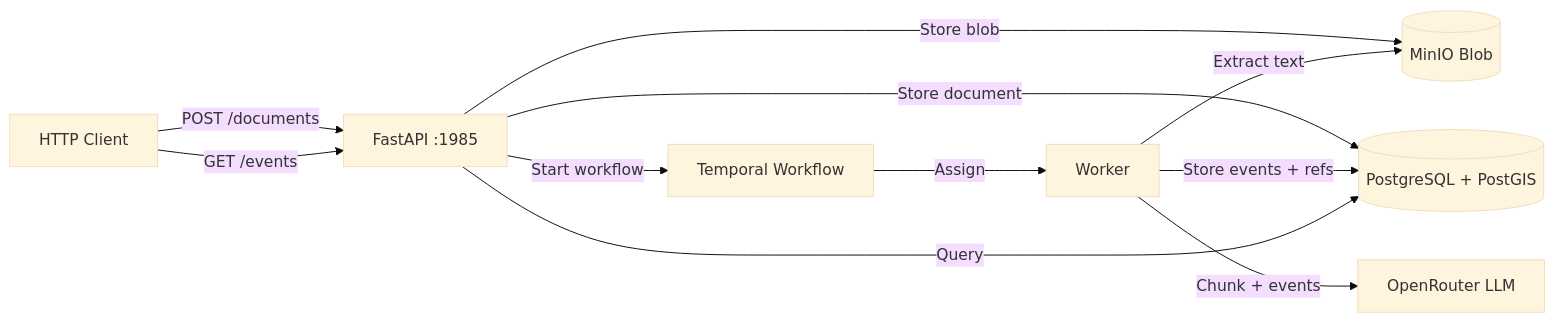
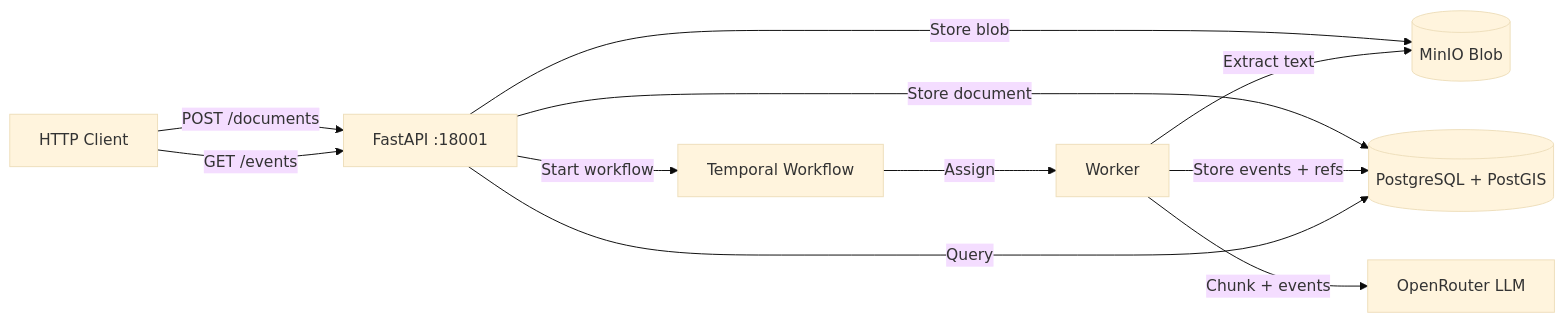
The diagram in README.md (minimasoft/eth), drawn with Mermaid (base theme) before and after one commit. The commit also changed other lines of this file and 24 other files, not shown here.

````diff
--- a/README.md
+++ b/README.md
@@ -87,21 +104,21 @@
 ```mermaid
 graph LR
     User[HTTP Client]
-    API[FastAPI :1985]
+    API[FastAPI :18001]
     PG[(PostgreSQL + PostGIS)]
     MinIO[(MinIO Blob)]
     LLM[OpenRouter LLM]
     Temporal[Temporal Workflow]
     Worker[Worker]
 
     User -->|POST /documents| API
     API -->|Store blob| MinIO
     API -->|Store document| PG
     API -->|Start workflow| Temporal
     Temporal -->|Assign| Worker
     Worker -->|Extract text| MinIO
     Worker -->|Chunk + events| LLM
     Worker -->|Store events + refs| PG
     User -->|GET /events| API
     API -->|Query| PG
 ```
````
